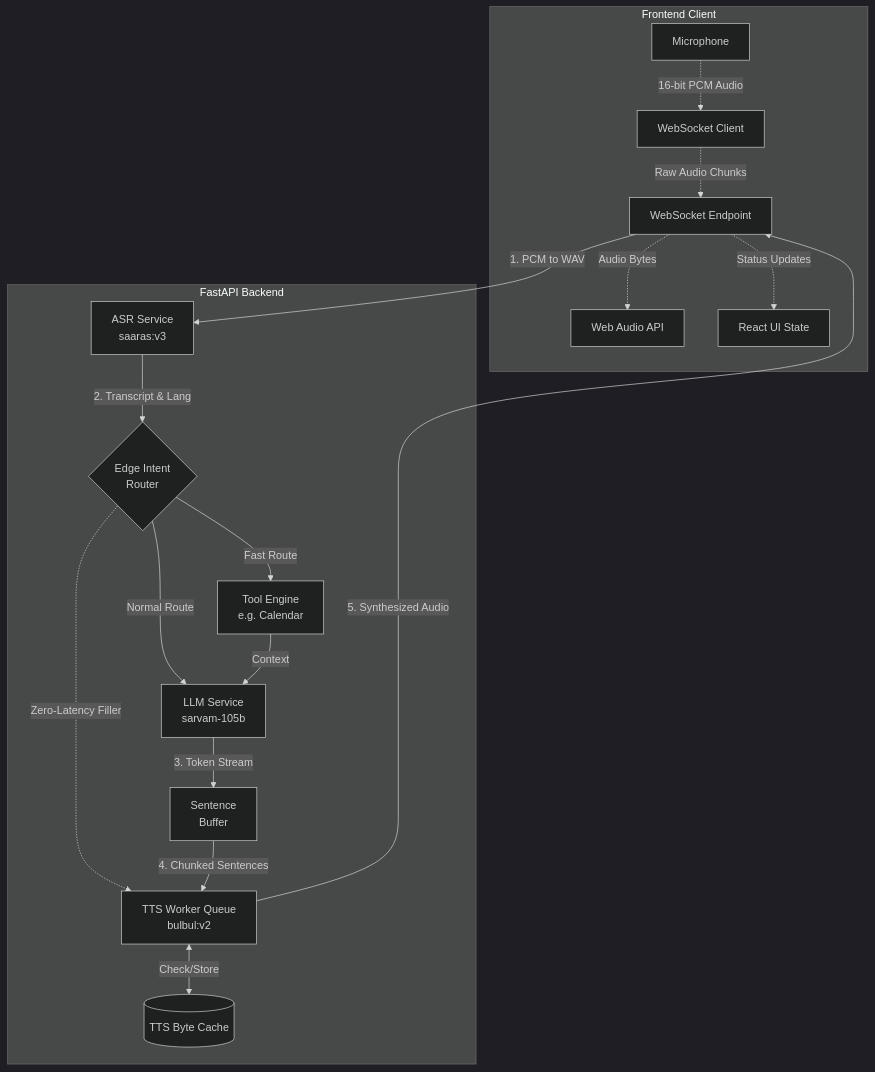
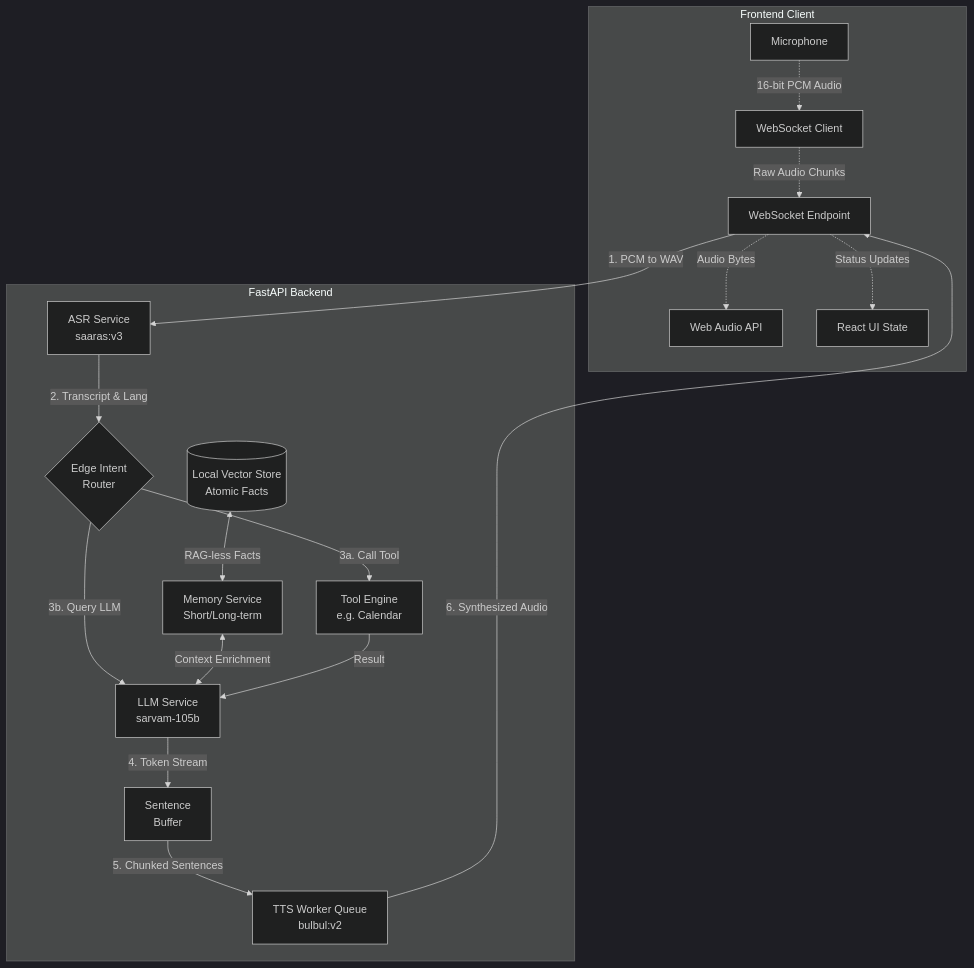
The diagram in README.md (VaradSinghal/Vaani), drawn with Mermaid (dark theme) before and after one commit. The commit also changed other lines of this file, not shown here.

````diff
--- a/README.md
+++ b/README.md
@@ -13,31 +13,34 @@
 ```mermaid
 graph TD
     subgraph Frontend Client
         Mic[Microphone] -.->|16-bit PCM Audio| WS_Client[WebSocket Client]
         WS_Client -.->|Raw Audio Chunks| Backend_WS
         Backend_WS -.->|Audio Bytes| AudioCtx[Web Audio API]
         Backend_WS -.->|Status Updates| UI[React UI State]
     end
 
     subgraph FastAPI Backend
         Backend_WS[WebSocket Endpoint]
         ASR[ASR Service \n saaras:v3]
         Router{Edge Intent \n Router}
         Tool[Tool Engine \n e.g. Calendar]
         LLM[LLM Service \n sarvam-105b]
         Buffer[Sentence \n Buffer]
         TTS[TTS Worker Queue \n bulbul:v2]
-        Cache[(TTS Byte Cache)]
+        Memory[Memory Service \n Short/Long-term]
+        Store[(Local Vector Store \n Atomic Facts)]
 
         Backend_WS -->|1. PCM to WAV| ASR
         ASR -->|2. Transcript & Lang| Router
-        Router -->|Fast Route| Tool
-        Router -->|Normal Route| LLM
-        Tool -->|Context| LLM
-        Router -.->|Zero-Latency Filler| TTS
-        LLM -->|3. Token Stream| Buffer
-        Buffer -->|4. Chunked Sentences| TTS
-        TTS <-->|Check/Store| Cache
-        TTS -->|5. Synthesized Audio| Backend_WS
+        Router -->|3a. Call Tool| Tool
+        Router -->|3b. Query LLM| LLM
+        
+        Memory <-->|Context Enrichment| LLM
+        Store <-->|RAG-less Facts| Memory
+        
+        Tool -->|Result| LLM
+        LLM -->|4. Token Stream| Buffer
+        Buffer -->|5. Chunked Sentences| TTS
+        TTS -->|6. Synthesized Audio| Backend_WS
     end
 ```
````
